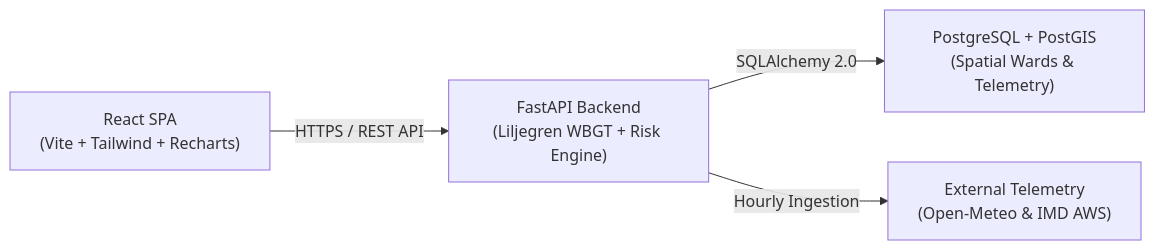
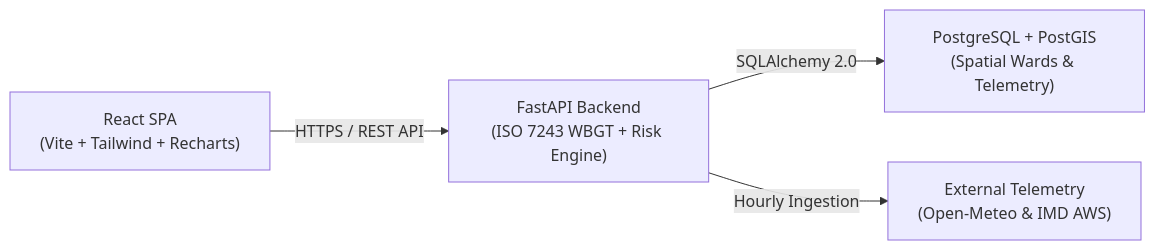
One commit to AkshatKardak/ThermaGrid changed the diagram in README.md. Above: the diagram before and after it, drawn with Mermaid. The commit also changed other lines of this file and 5 other files, not shown here.

````diff
--- a/README.md
+++ b/README.md
@@ -33,6 +33,6 @@
 ```mermaid
 flowchart LR
-    A["React SPA\n(Vite + Tailwind + Recharts)"] -->|HTTPS / REST API| B["FastAPI Backend\n(Liljegren WBGT + Risk Engine)"]
+    A["React SPA\n(Vite + Tailwind + Recharts)"] -->|HTTPS / REST API| B["FastAPI Backend\n(ISO 7243 WBGT + Risk Engine)"]
     B -->|SQLAlchemy 2.0| C["PostgreSQL + PostGIS\n(Spatial Wards & Telemetry)"]
     B -->|Hourly Ingestion| D["External Telemetry\n(Open-Meteo & IMD AWS)"]
 ```
````
